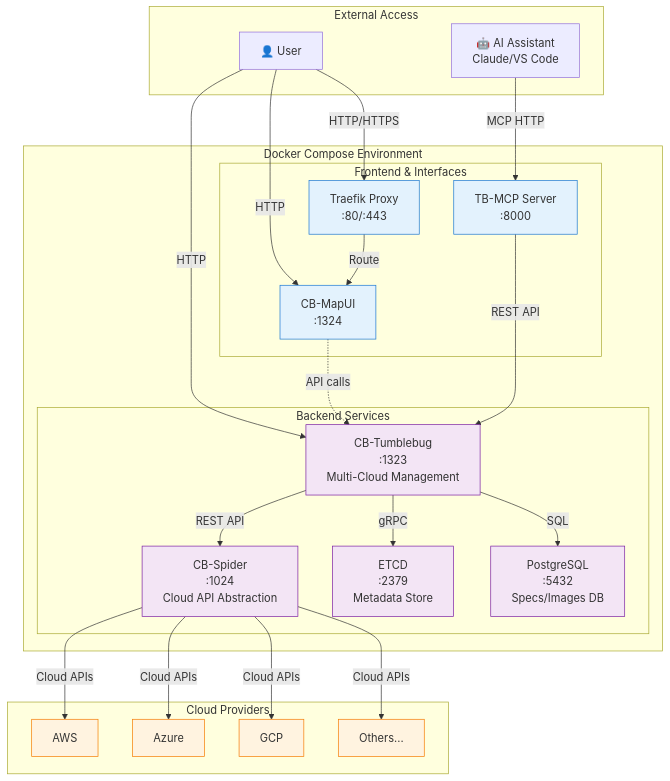
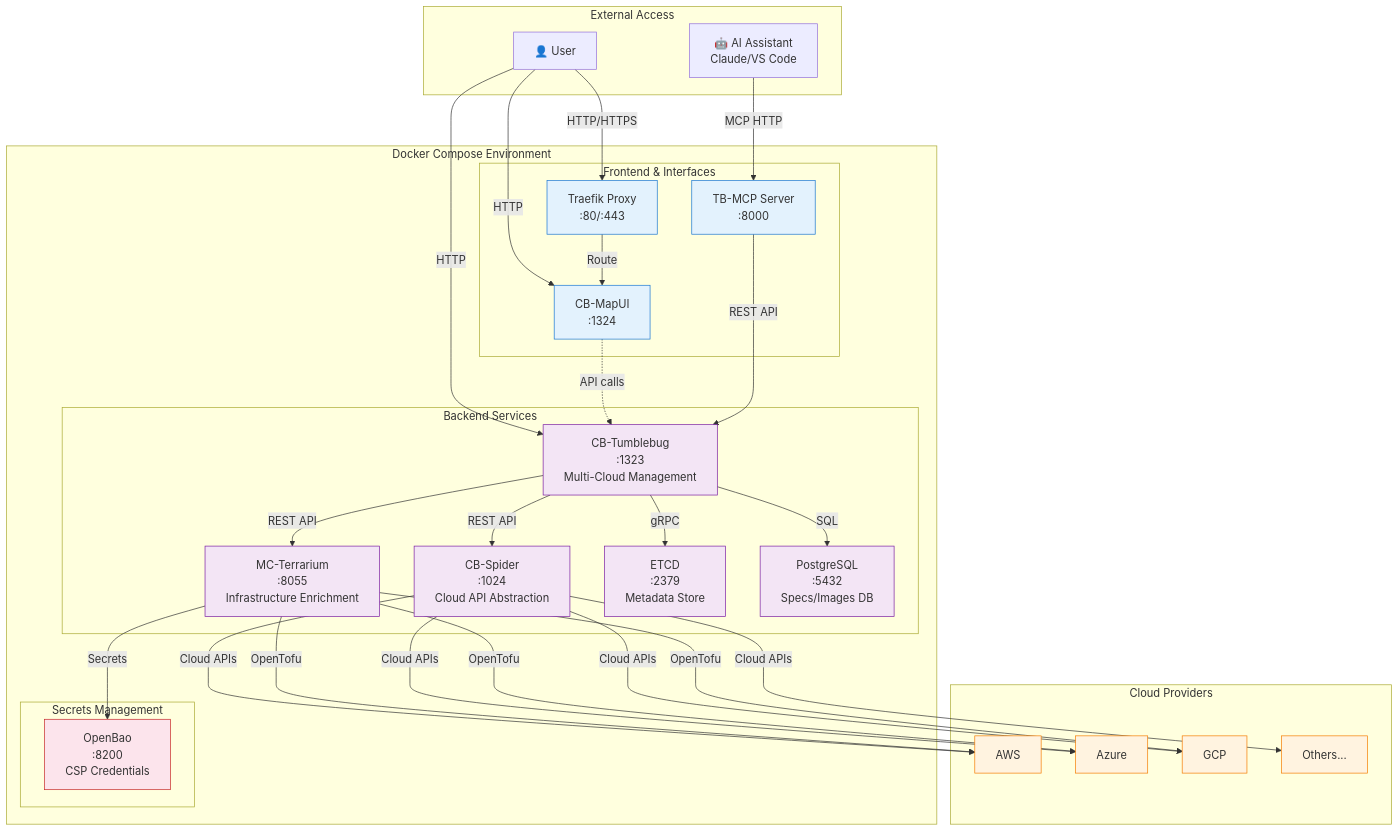
Before and after one commit to cloud-barista/cb-tumblebug: the diagram in README.md, drawn with Mermaid. The commit also changed other lines of this file and 18 other files, not shown here.

First line of the commit message:
Add OpenBao and mc-terrarium integration

````diff
--- a/README.md
+++ b/README.md
@@ -225,61 +252,73 @@
   ```mermaid
   graph TB
       subgraph "External Access"
           User[👤 User]
           AI[🤖 AI Assistant<br/>Claude/VS Code]
       end
-      
+
       subgraph "Docker Compose Environment"
           subgraph "Frontend & Interfaces"
               UI[CB-MapUI<br/>:1324]
               MCP[TB-MCP Server<br/>:8000]
               Proxy[Traefik Proxy<br/>:80/:443]
           end
-          
+
           subgraph "Backend Services"
               TB[CB-Tumblebug<br/>:1323<br/>Multi-Cloud Management]
               Spider[CB-Spider<br/>:1024<br/>Cloud API Abstraction]
+              Terrarium[MC-Terrarium<br/>:8055<br/>Infrastructure Enrichment]
               ETCD[ETCD<br/>:2379<br/>Metadata Store]
               PG[PostgreSQL<br/>:5432<br/>Specs/Images DB]
           end
+
+          subgraph "Secrets Management"
+              OpenBao[OpenBao<br/>:8200<br/>CSP Credentials]
+          end
       end
-      
+
       subgraph "Cloud Providers"
           AWS[AWS]
-          Azure[Azure] 
+          Azure[Azure]
           GCP[GCP]
           Others[Others...]
       end
-      
+
       %% User connections
       User -->|HTTP/HTTPS| Proxy
       User -->|HTTP| UI
       User -->|HTTP| TB
       AI -->|MCP HTTP| MCP
-      
+
       %% Proxy routing
       Proxy -->|Route| UI
-      
+
       %% Internal service connections
       UI -.->|API calls| TB
       MCP -->|REST API| TB
       TB -->|REST API| Spider
+      TB -->|REST API| Terrarium
       TB -->|gRPC| ETCD
       TB -->|SQL| PG
-      
+      Terrarium -->|Secrets| OpenBao
+
       %% Cloud connections
       Spider -->|Cloud APIs| AWS
       Spider -->|Cloud APIs| Azure
       Spider -->|Cloud APIs| GCP
       Spider -->|Cloud APIs| Others
-      
+      Terrarium -->|OpenTofu| AWS
+      Terrarium -->|OpenTofu| Azure
+      Terrarium -->|OpenTofu| GCP
+
       %% Styling
       classDef frontend fill:#e3f2fd,stroke:#1976d2
       classDef backend fill:#f3e5f5,stroke:#7b1fa2
       classDef storage fill:#e8f5e8,stroke:#388e3c
       classDef cloud fill:#fff3e0,stroke:#f57c00
-      
+      classDef secrets fill:#fce4ec,stroke:#c62828
+
       class UI,MCP,Proxy frontend
-      class TB,Spider,ETCD,PG backend
+      class TB,Spider,Terrarium,ETCD,PG backend
       class AWS,Azure,GCP,Others cloud
+      class OpenBao secrets
   ```
````
